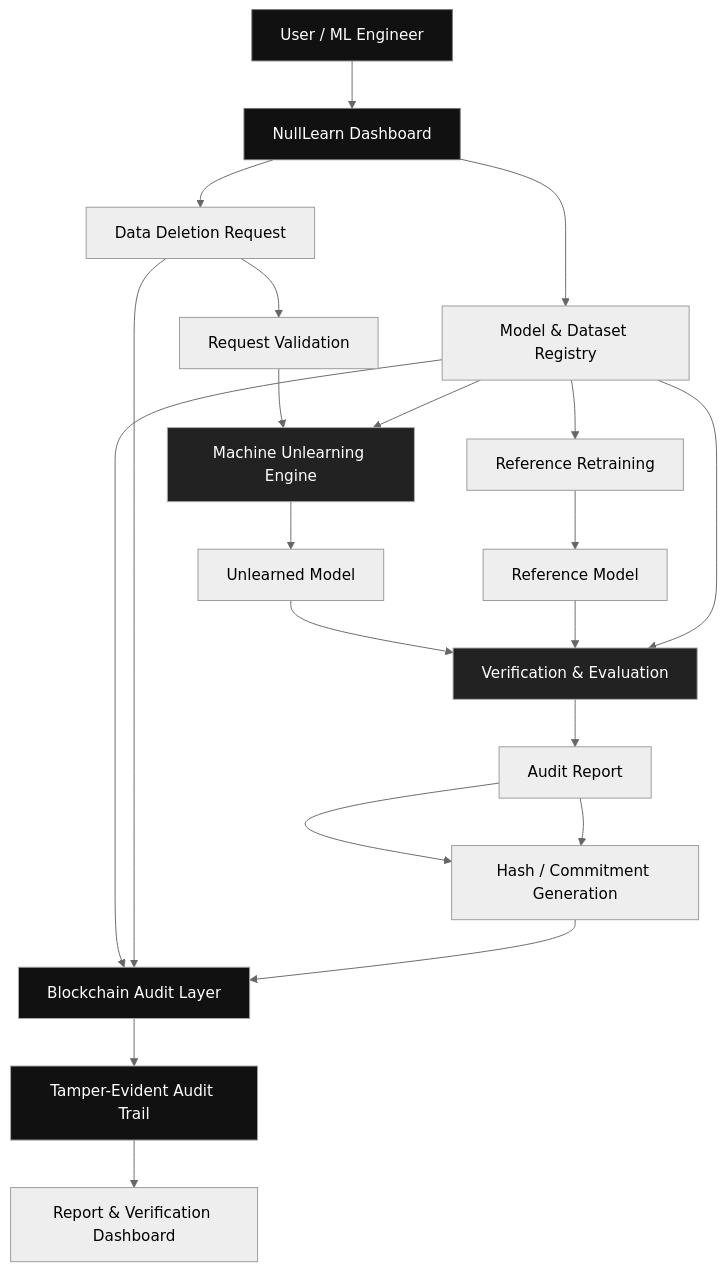
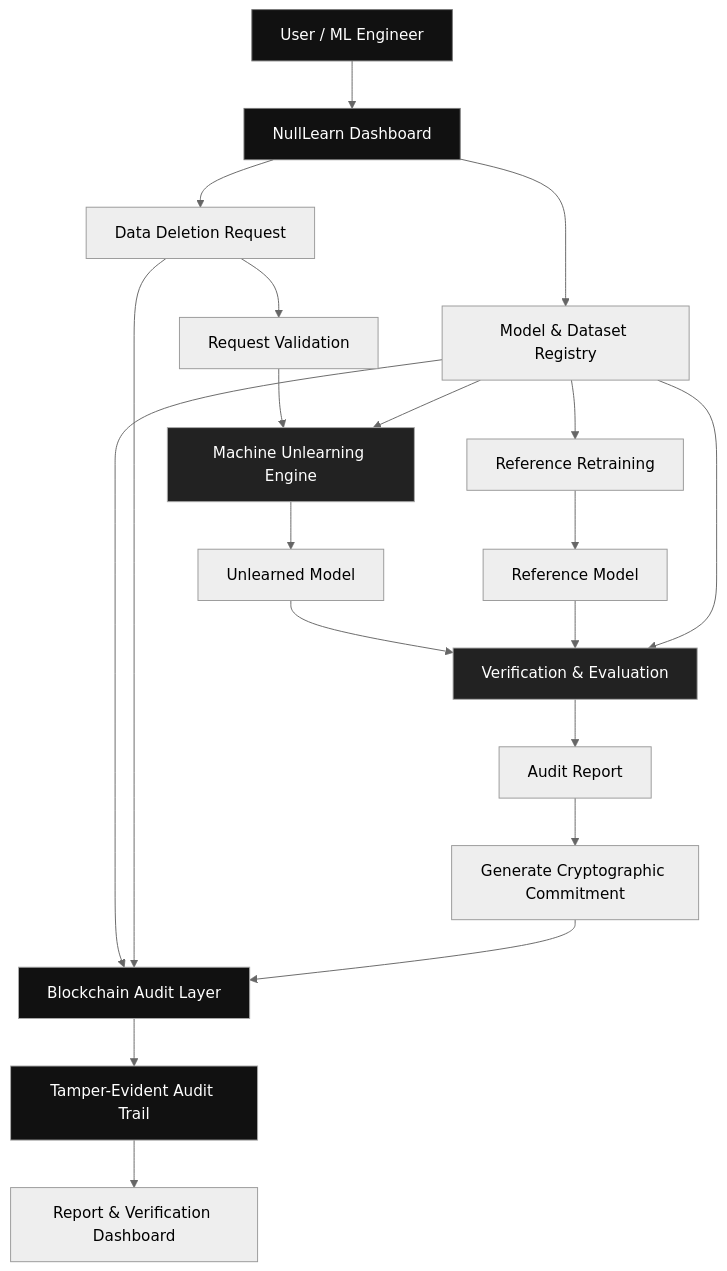
One commit to Nitya-003/NullLearn changed the diagram in README.md. Above: the diagram before and after it, drawn with Mermaid (neutral theme). The commit also changed other lines of this file, not shown here.

````diff
--- a/README.md
+++ b/README.md
@@ -36,37 +29,36 @@
 ```mermaid
 flowchart TD
     A["User / ML Engineer"] --> B["NullLearn Dashboard"]
     B --> C["Model & Dataset Registry"]
     B --> D["Data Deletion Request"]
 
     D --> E["Request Validation"]
     E --> F["Machine Unlearning Engine"]
 
     C --> F
     F --> G["Unlearned Model"]
 
     C --> H["Reference Retraining"]
     H --> I["Reference Model"]
 
     G --> J["Verification & Evaluation"]
     I --> J
     C --> J
 
     J --> K["Audit Report"]
-    K --> L["Hash / Commitment Generation"]
+    K --> L["Generate Cryptographic Commitment"]
 
     C --> M["Blockchain Audit Layer"]
     D --> M
-    K --> L
     L --> M
 
     M --> N["Tamper-Evident Audit Trail"]
     N --> O["Report & Verification Dashboard"]
 
     style A fill:#111111,color:#ffffff,stroke:#777777
     style B fill:#111111,color:#ffffff,stroke:#777777
     style F fill:#222222,color:#ffffff,stroke:#aaaaaa
     style J fill:#222222,color:#ffffff,stroke:#aaaaaa
     style M fill:#111111,color:#ffffff,stroke:#aaaaaa
     style N fill:#111111,color:#ffffff,stroke:#aaaaaa
 ```
````
